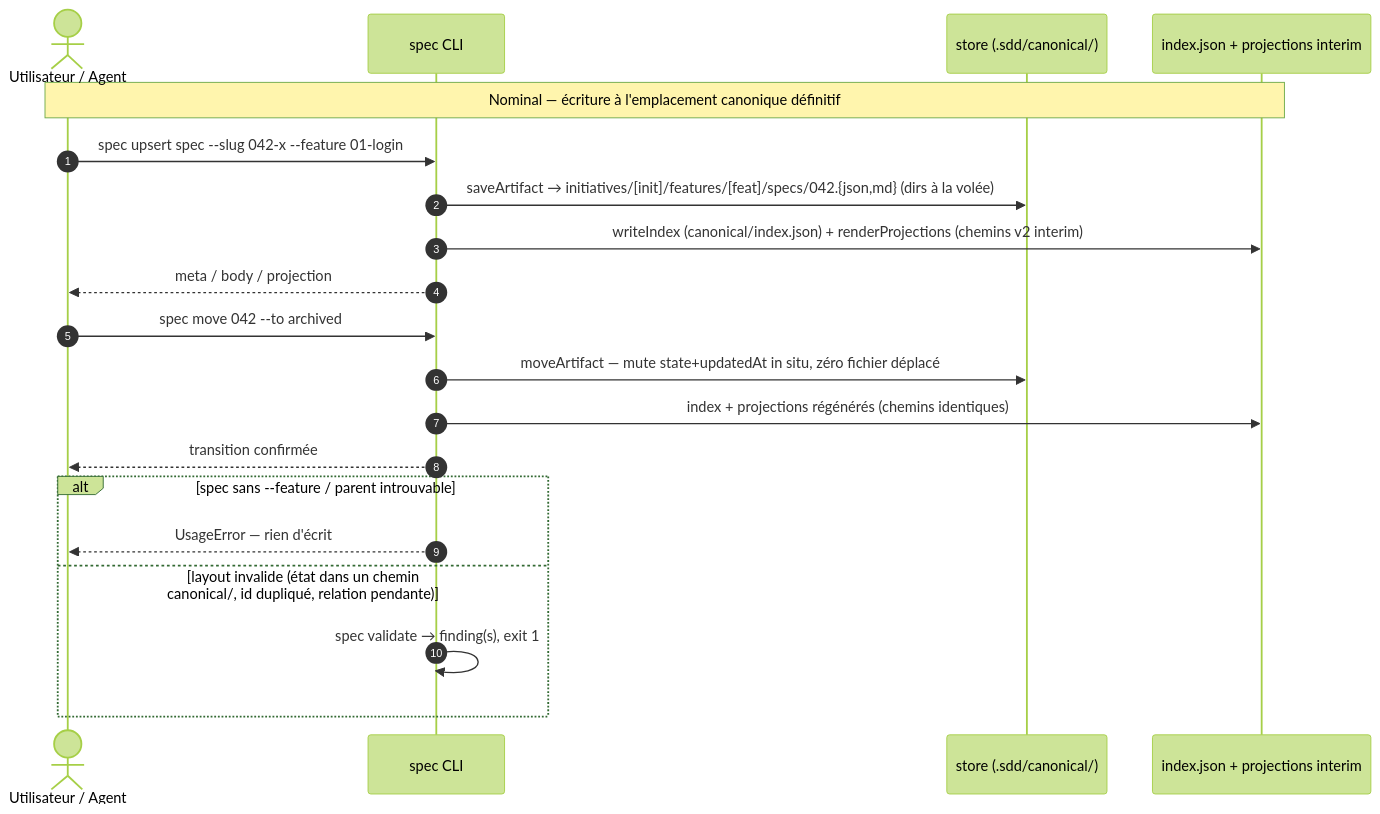
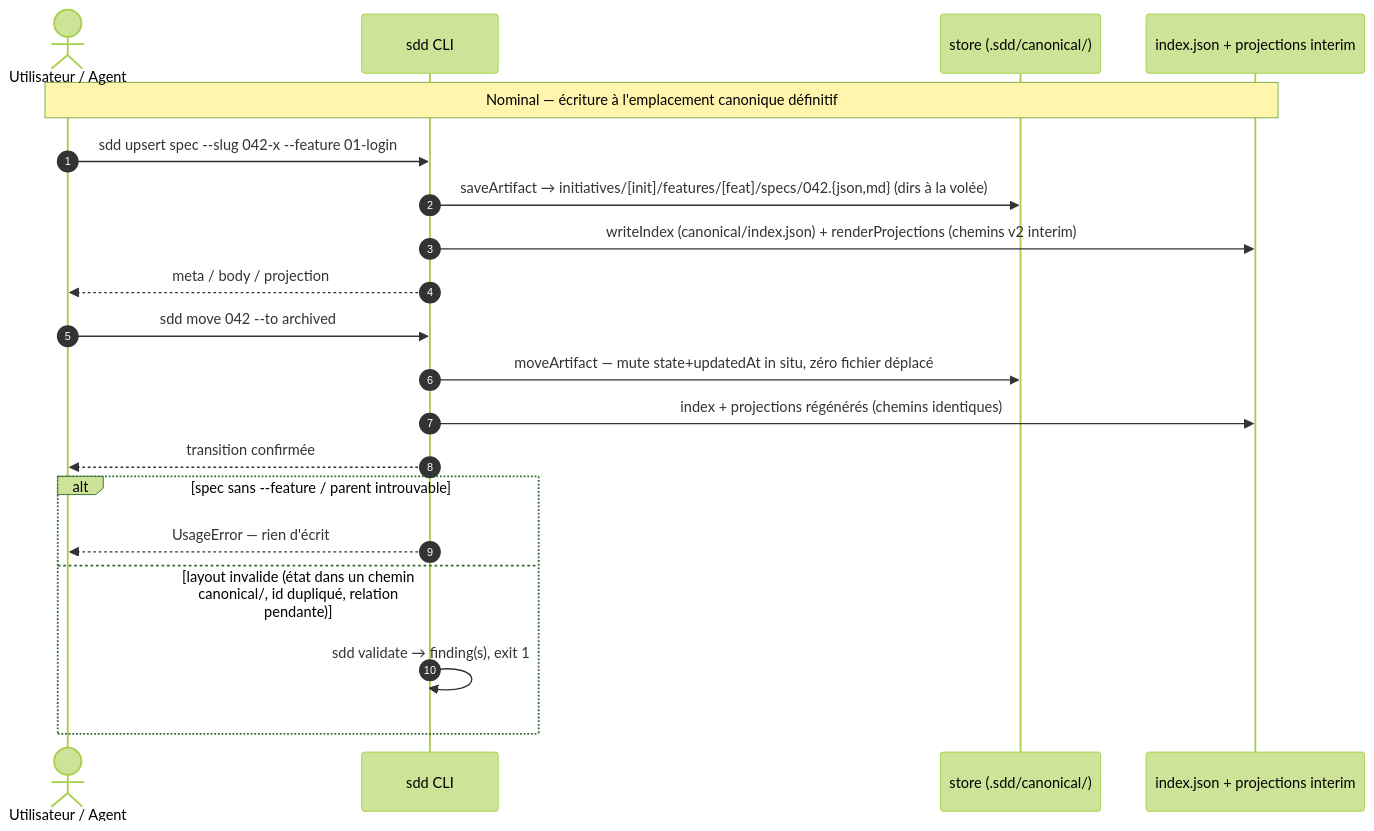
Before and after one commit to ngdo-pro/sdd: the diagram in .sdd/canonical/initiatives/layout-v3/features/01-canonical-tree/specs/001.md, drawn with Mermaid (forest theme). The commit also changed other lines of this file and 103 other files, not shown here.

First line of the commit message:
feat!: CLI sdd, package agnostique, init déclaratif multi-connecteurs (spec 004)

````diff
--- a/.sdd/canonical/initiatives/layout-v3/features/01-canonical-tree/specs/001.md
+++ b/.sdd/canonical/initiatives/layout-v3/features/01-canonical-tree/specs/001.md
@@ -23,25 +23,25 @@
 ```mermaid
 sequenceDiagram
     autonumber
     actor U as Utilisateur / Agent
-    participant CLI as spec CLI
+    participant CLI as sdd CLI
     participant M as store (.sdd/canonical/)
     participant P as index.json + projections interim
 
     Note over U,P: Nominal — écriture à l'emplacement canonique définitif
-    U->>CLI: spec upsert spec --slug 042-x --feature 01-login
+    U->>CLI: sdd upsert spec --slug 042-x --feature 01-login
     CLI->>M: saveArtifact → initiatives/[init]/features/[feat]/specs/042.{json,md} (dirs à la volée)
     CLI->>P: writeIndex (canonical/index.json) + renderProjections (chemins v2 interim)
     CLI-->>U: meta / body / projection
 
-    U->>CLI: spec move 042 --to archived
+    U->>CLI: sdd move 042 --to archived
     CLI->>M: moveArtifact — mute state+updatedAt in situ, zéro fichier déplacé
     CLI->>P: index + projections régénérés (chemins identiques)
     CLI-->>U: transition confirmée
 
     alt spec sans --feature / parent introuvable
         CLI-->>U: UsageError — rien d'écrit
     else layout invalide (état dans un chemin canonical/, id dupliqué, relation pendante)
-        CLI->>CLI: spec validate → finding(s), exit 1
+        CLI->>CLI: sdd validate → finding(s), exit 1
     end
 ```
````
